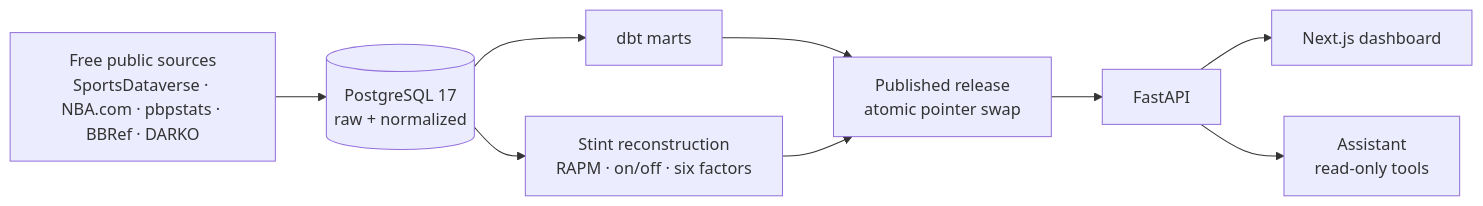
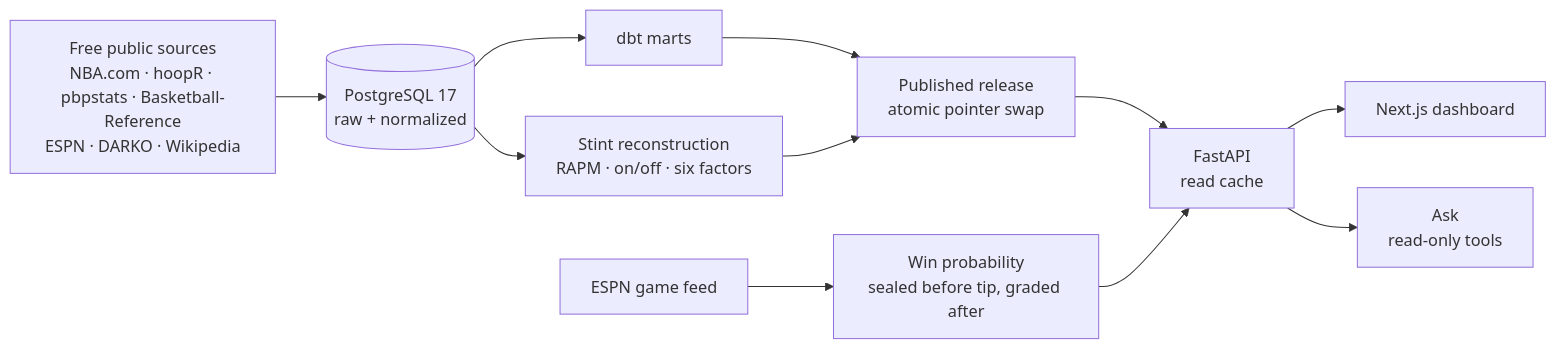
The diagram in README.md (calebhabesh/courtlens), drawn with Mermaid before and after one commit. The commit also changed other lines of this file and 8 other files, not shown here.

````diff
--- a/README.md
+++ b/README.md
@@ -38,11 +91,13 @@
 ```mermaid
 flowchart LR
-    A[Free public sources<br/>SportsDataverse · NBA.com · pbpstats · BBRef · DARKO] --> B[(PostgreSQL 17<br/>raw + normalized)]
+    A[Free public sources<br/>NBA.com · hoopR · pbpstats · Basketball-Reference<br/>ESPN · DARKO · Wikipedia] --> B[(PostgreSQL 17<br/>raw + normalized)]
     B --> C[dbt marts]
     B --> D[Stint reconstruction<br/>RAPM · on/off · six factors]
     C --> E[Published release<br/>atomic pointer swap]
     D --> E
-    E --> F[FastAPI]
+    E --> F[FastAPI<br/>read cache]
+    S[ESPN game feed] --> W[Win probability<br/>sealed before tip, graded after]
+    W --> F
     F --> G[Next.js dashboard]
-    F --> H[Assistant<br/>read-only tools]
+    F --> H[Ask<br/>read-only tools]
 ```
````
